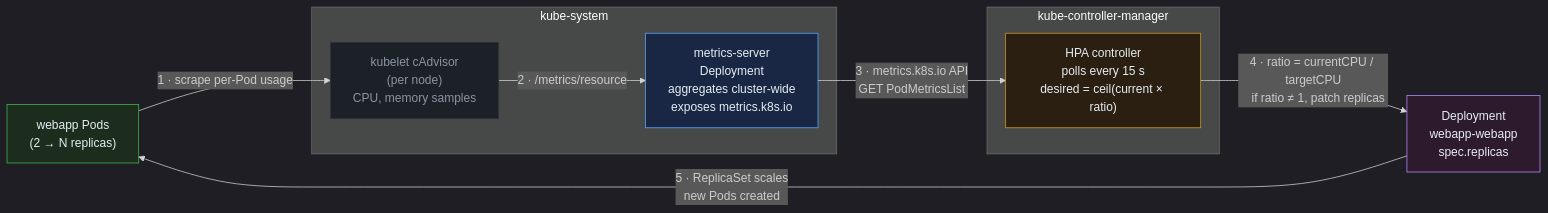
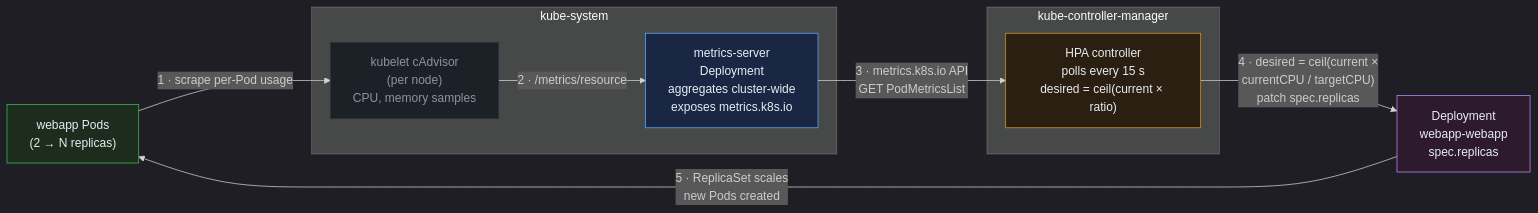
The first of 2 diagrams in _posts/2026-05-23-day-12-hpa-autoscaling.md (syssignals/30-days-devops), drawn with Mermaid before and after one commit. The commit also changed other lines of this file, not shown here.

````diff
--- a/_posts/2026-05-23-day-12-hpa-autoscaling.md
+++ b/_posts/2026-05-23-day-12-hpa-autoscaling.md
@@ -43,28 +43,28 @@
 ```mermaid
 %%{init: {'theme': 'dark'}}%%
 flowchart LR
     PODS["webapp Pods\n(2 → N replicas)"]:::pod
 
     subgraph CLUSTER ["kube-system"]
         KUBELET["kubelet cAdvisor\n(per node)\nCPU, memory samples"]:::node
         METRICS["metrics-server\nDeployment\naggregates cluster-wide\nexposes metrics.k8s.io"]:::metrics
     end
 
     subgraph CONTROL ["kube-controller-manager"]
         HPA["HPA controller\npolls every 15 s\ndesired = ceil(current × ratio)"]:::hpa
     end
 
     DEP["Deployment\nwebapp-webapp\nspec.replicas"]:::dep
 
     PODS -->|"1 · scrape per-Pod usage"| KUBELET
     KUBELET -->|"2 · /metrics/resource"| METRICS
     METRICS -->|"3 · metrics.k8s.io API\nGET PodMetricsList"| HPA
-    HPA -->|"4 · ratio = currentCPU / targetCPU\n   if ratio ≠ 1, patch replicas"| DEP
+    HPA -->|"4 · desired = ceil(current × \n   currentCPU / targetCPU)\n   patch spec.replicas"| DEP
     DEP -->|"5 · ReplicaSet scales\nnew Pods created"| PODS
 
     classDef pod fill:#1d2d1d,stroke:#3fb950,color:#e6edf3
     classDef node fill:#1c2128,stroke:#30363d,color:#8b949e
     classDef metrics fill:#1a2744,stroke:#58a6ff,color:#e6edf3
     classDef hpa fill:#2a1f10,stroke:#d29922,color:#e6edf3
     classDef dep fill:#2d1a2d,stroke:#bc8cff,color:#e6edf3
 ```
````
